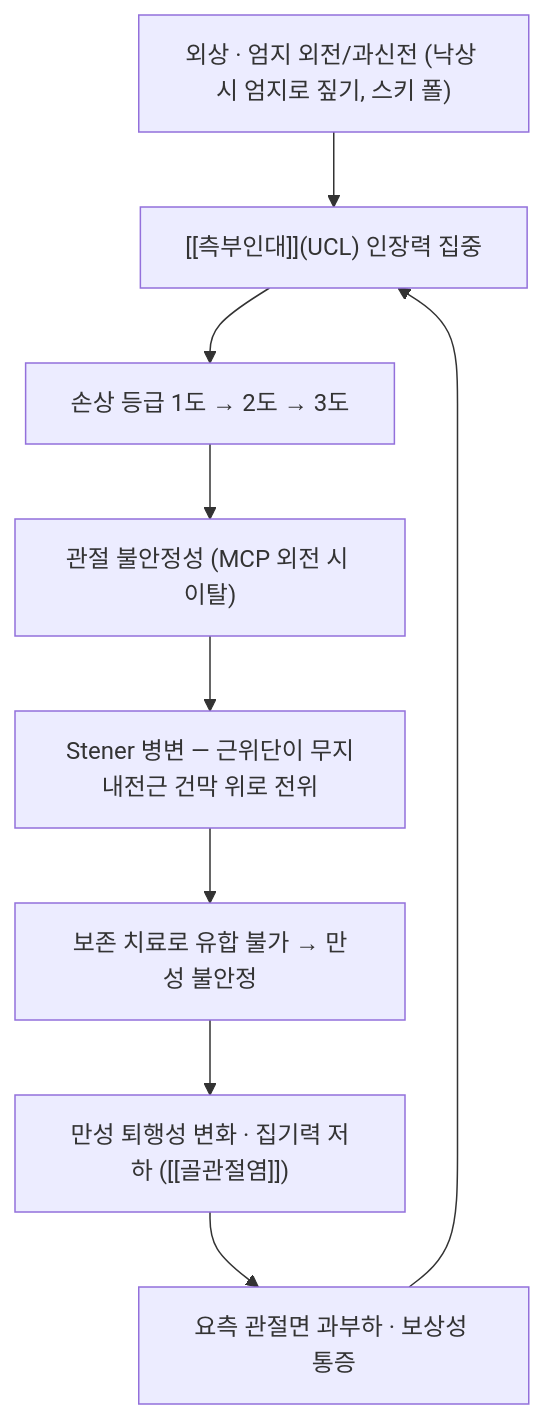
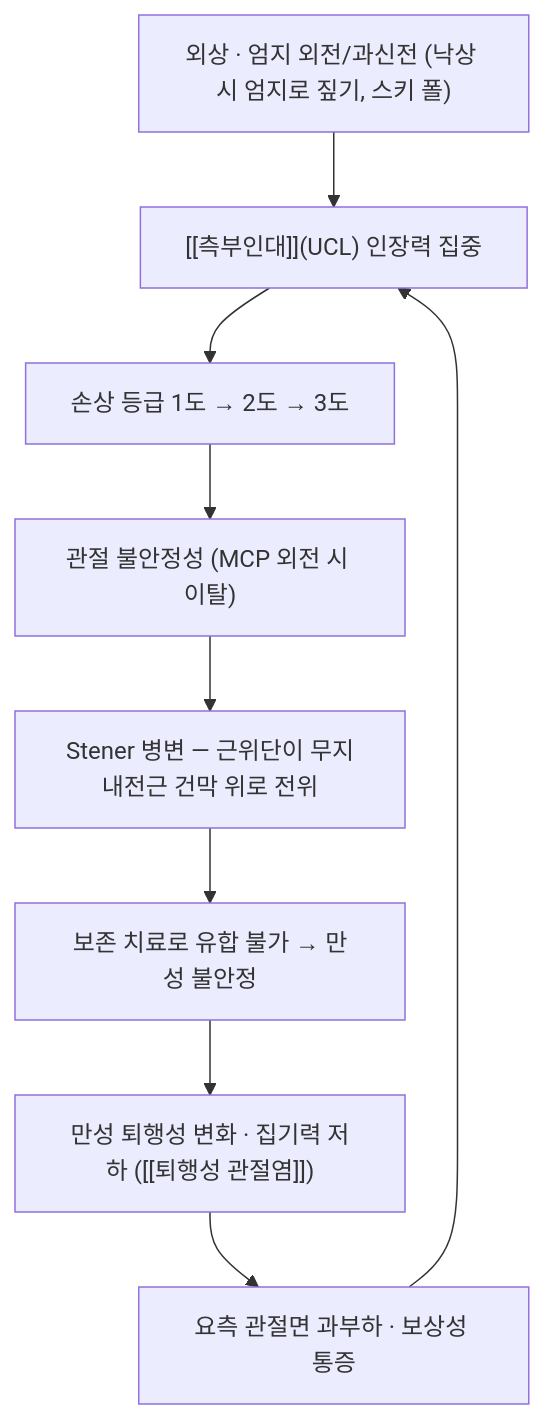
Before and after one commit to simbio11/simbio-digital-garden2: the diagram in content/3. 이론 공부/질환/근골격계 질환/상지/엄지손가락 염좌.md, drawn with Mermaid. The commit also changed other lines of this file and 442 other files, not shown here.

````diff
--- a/content/3. 이론 공부/질환/근골격계 질환/상지/엄지손가락 염좌.md
+++ b/content/3. 이론 공부/질환/근골격계 질환/상지/엄지손가락 염좌.md
@@ -72,11 +72,11 @@
 ```mermaid
 graph TD
     Cause["외상 · 엄지 외전/과신전 (낙상 시 엄지로 짚기, 스키 폴)"] --> Lig["[[측부인대]](UCL) 인장력 집중"]
     Lig --> Grade["손상 등급 1도 → 2도 → 3도"]
     Grade --> Inst["관절 불안정성 (MCP 외전 시 이탈)"]
     Inst --> Stener["Stener 병변 — 근위단이 무지내전근 건막 위로 전위"]
     Stener --> Nonunion["보존 치료로 유합 불가 → 만성 불안정"]
-    Nonunion --> DJD["만성 퇴행성 변화 · 집기력 저하 ([[골관절염]])"]
+    Nonunion --> DJD["만성 퇴행성 변화 · 집기력 저하 ([[퇴행성 관절염]])"]
     DJD --> Comp["요측 관절면 과부하 · 보상성 통증"]
     Comp --> Lig
 ```
````
